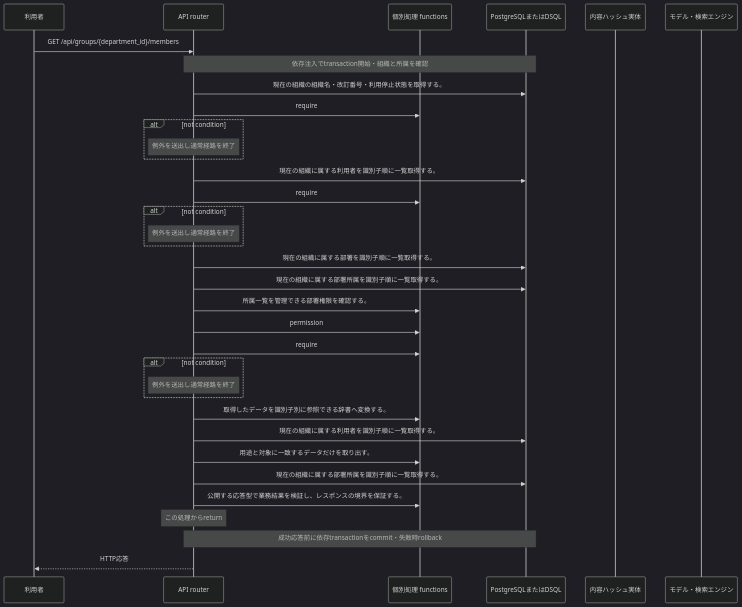
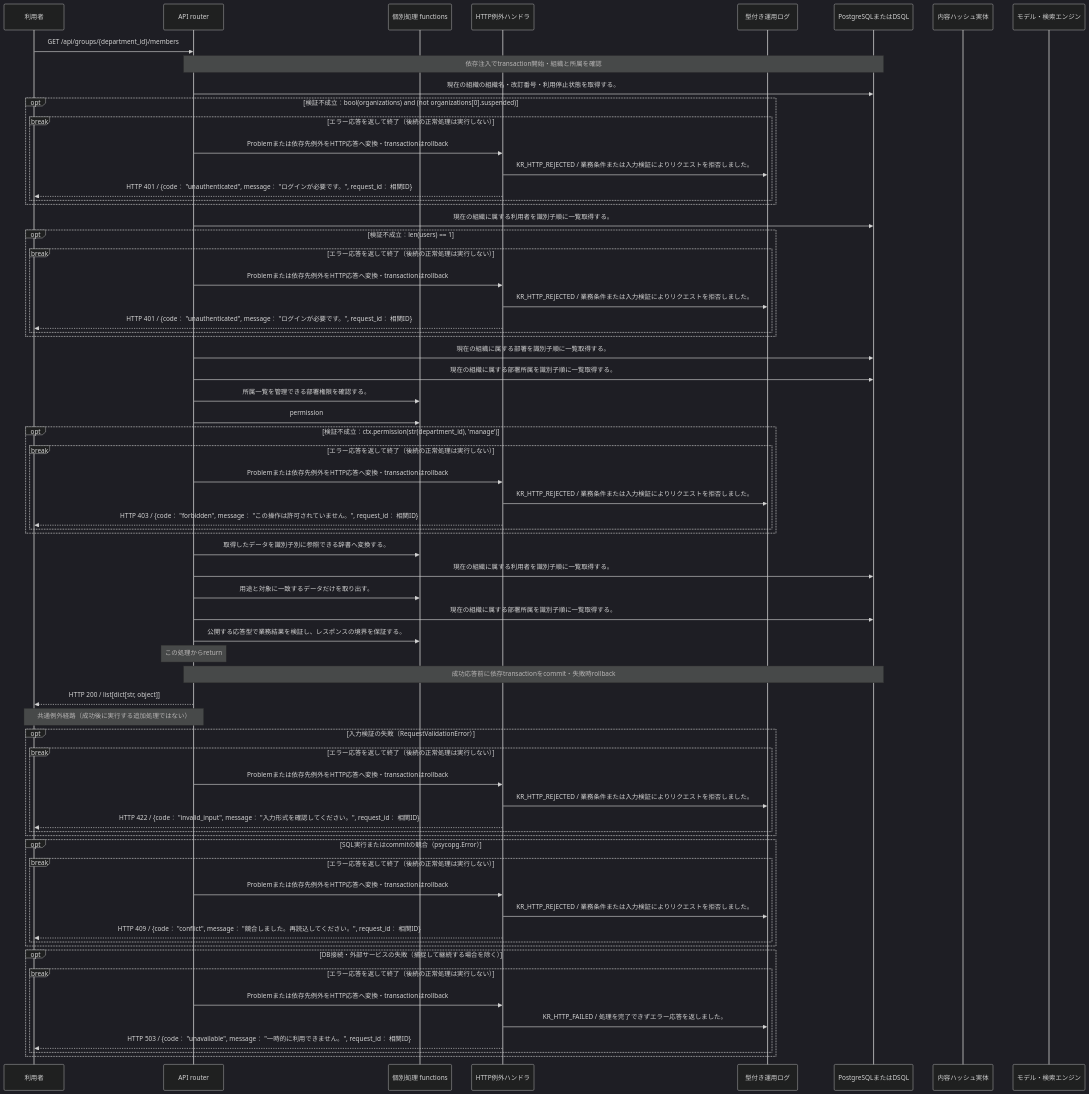
The diagram in docs/design/generated/api/groups/list_members/sequence.md (tsuji-tomonori/KotoRelay), drawn with Mermaid (dark theme) before and after one commit. The commit also changed other lines of this file and 226 other files, not shown here.

````diff
--- a/docs/design/generated/api/groups/list_members/sequence.md
+++ b/docs/design/generated/api/groups/list_members/sequence.md
@@ -7,37 +7,70 @@
 ```mermaid
 sequenceDiagram
     participant U as 利用者
     participant A as API router
     participant F as 個別処理 functions
+    participant E as HTTP例外ハンドラ
+    participant L as 型付き運用ログ
     participant D as PostgreSQLまたはDSQL
     participant S as 内容ハッシュ実体
     participant M as モデル・検索エンジン
     U->>A: GET /api/groups/{department_id}/members
     Note over A,D: 依存注入でtransaction開始・組織と所属を確認
     A->>D: 現在の組織の組織名・改訂番号・利用停止状態を取得する。
-    A->>F: require
-    alt not condition
-    Note over A: 例外を送出し通常経路を終了
+    opt 検証不成立：bool(organizations) and (not organizations[0].suspended)
+    break エラー応答を返して終了（後続の正常処理は実行しない）
+    A->>E: Problemまたは依存先例外をHTTP応答へ変換・transactionはrollback
+    E->>L: KR_HTTP_REJECTED / 業務条件または入力検証によりリクエストを拒否しました。
+    E-->>U: HTTP 401 / {code： "unauthenticated", message： "ログインが必要です。", request_id： 相関ID}
+    end
     end
     A->>D: 現在の組織に属する利用者を識別子順に一覧取得する。
-    A->>F: require
-    alt not condition
-    Note over A: 例外を送出し通常経路を終了
+    opt 検証不成立：len(users) == 1
+    break エラー応答を返して終了（後続の正常処理は実行しない）
+    A->>E: Problemまたは依存先例外をHTTP応答へ変換・transactionはrollback
+    E->>L: KR_HTTP_REJECTED / 業務条件または入力検証によりリクエストを拒否しました。
+    E-->>U: HTTP 401 / {code： "unauthenticated", message： "ログインが必要です。", request_id： 相関ID}
+    end
     end
     A->>D: 現在の組織に属する部署を識別子順に一覧取得する。
     A->>D: 現在の組織に属する部署所属を識別子順に一覧取得する。
     A->>F: 所属一覧を管理できる部署権限を確認する。
     A->>F: permission
-    A->>F: require
-    alt not condition
-    Note over A: 例外を送出し通常経路を終了
+    opt 検証不成立：ctx.permission(str(department_id), 'manage')
+    break エラー応答を返して終了（後続の正常処理は実行しない）
+    A->>E: Problemまたは依存先例外をHTTP応答へ変換・transactionはrollback
+    E->>L: KR_HTTP_REJECTED / 業務条件または入力検証によりリクエストを拒否しました。
+    E-->>U: HTTP 403 / {code： "forbidden", message： "この操作は許可されていません。", request_id： 相関ID}
+    end
     end
     A->>F: 取得したデータを識別子別に参照できる辞書へ変換する。
     A->>D: 現在の組織に属する利用者を識別子順に一覧取得する。
     A->>F: 用途と対象に一致するデータだけを取り出す。
     A->>D: 現在の組織に属する部署所属を識別子順に一覧取得する。
     A->>F: 公開する応答型で業務結果を検証し、レスポンスの境界を保証する。
     Note over A: この処理からreturn
     Note over A,D: 成功応答前に依存transactionをcommit・失敗時rollback
-    A-->>U: HTTP応答
+    A-->>U: HTTP 200 / list[dict[str, object]]
+    Note over A,U: 共通例外経路（成功後に実行する追加処理ではない）
+    opt 入力検証の失敗（RequestValidationError）
+    break エラー応答を返して終了（後続の正常処理は実行しない）
+    A->>E: Problemまたは依存先例外をHTTP応答へ変換・transactionはrollback
+    E->>L: KR_HTTP_REJECTED / 業務条件または入力検証によりリクエストを拒否しました。
+    E-->>U: HTTP 422 / {code： "invalid_input", message： "入力形式を確認してください。", request_id： 相関ID}
+    end
+    end
+    opt SQL実行またはcommitの競合（psycopg.Error）
+    break エラー応答を返して終了（後続の正常処理は実行しない）
+    A->>E: Problemまたは依存先例外をHTTP応答へ変換・transactionはrollback
+    E->>L: KR_HTTP_REJECTED / 業務条件または入力検証によりリクエストを拒否しました。
+    E-->>U: HTTP 409 / {code： "conflict", message： "競合しました。再読込してください。", request_id： 相関ID}
+    end
+    end
+    opt DB接続・外部サービスの失敗（捕捉して継続する場合を除く）
+    break エラー応答を返して終了（後続の正常処理は実行しない）
+    A->>E: Problemまたは依存先例外をHTTP応答へ変換・transactionはrollback
+    E->>L: KR_HTTP_FAILED / 処理を完了できずエラー応答を返しました。
+    E-->>U: HTTP 503 / {code： "unavailable", message： "一時的に利用できません。", request_id： 相関ID}
+    end
+    end
 ```
````
